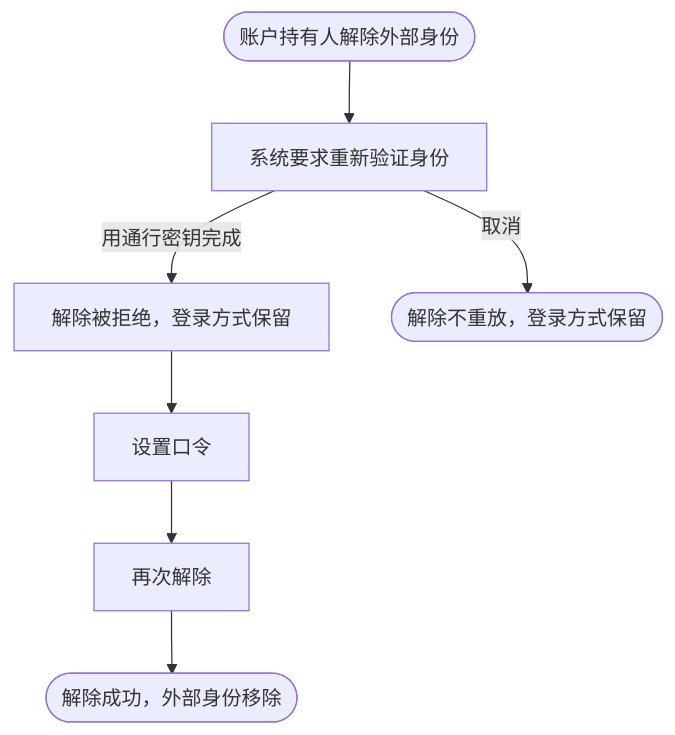
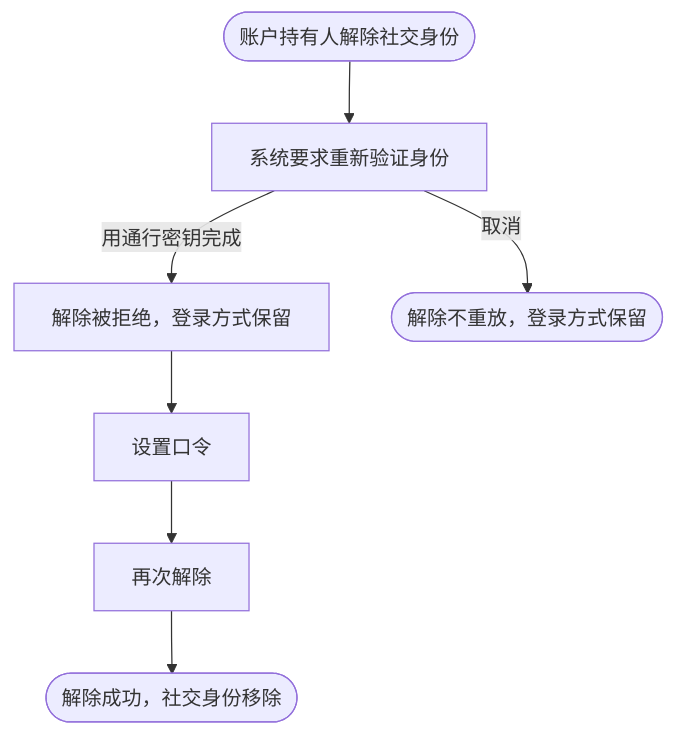
Before and after one commit to wangzw/speed: the diagram in docs/prd/journeys/journey-last-login-way.md, drawn with Mermaid. The commit also changed other lines of this file, not shown here.

````diff
--- a/docs/prd/journeys/journey-last-login-way.md
+++ b/docs/prd/journeys/journey-last-login-way.md
@@ -33,9 +35,9 @@
 ```mermaid
 flowchart TD
-    unlink([账户持有人解除外部身份]) --> stepup[系统要求重新验证身份]
+    unlink([账户持有人解除社交身份]) --> stepup[系统要求重新验证身份]
     stepup -->|用通行密钥完成| refused[解除被拒绝，登录方式保留]
     refused --> setpw[设置口令]
     setpw --> again[再次解除]
-    again --> done([解除成功，外部身份移除])
+    again --> done([解除成功，社交身份移除])
     stepup -->|取消| kept([解除不重放，登录方式保留])
 ```
````
